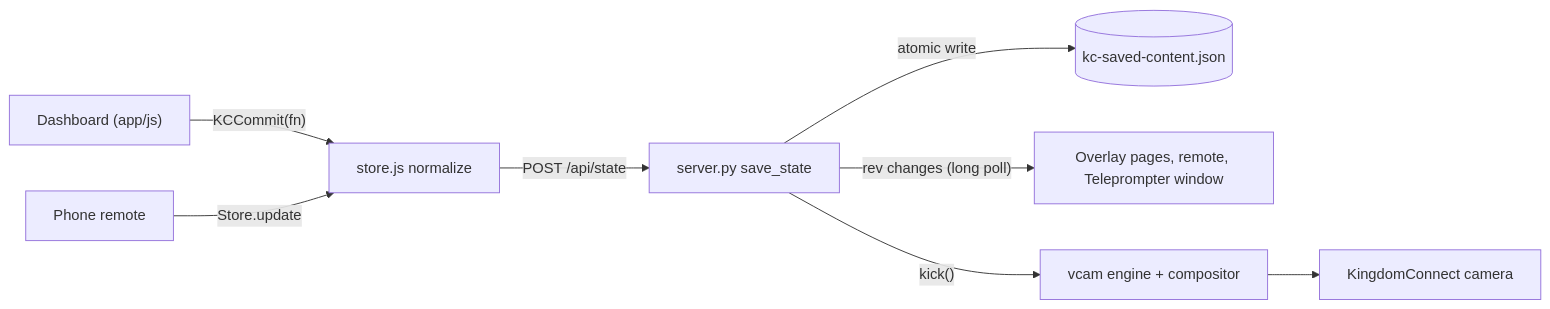
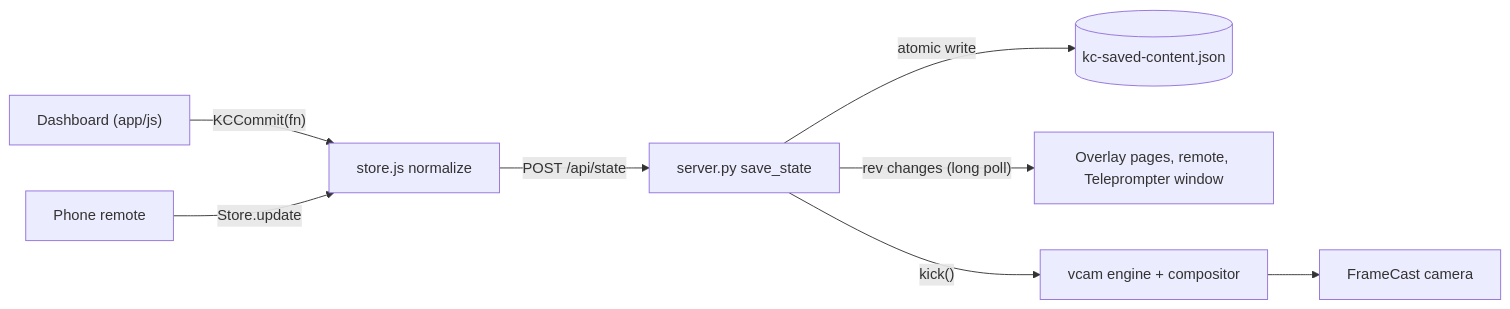
Before and after one commit to mshobin/FrameDecks: the diagram in docs/contributing.md, drawn with Mermaid. The commit also changed other lines of this file and 103 other files, not shown here.

````diff
--- a/docs/contributing.md
+++ b/docs/contributing.md
@@ -111,10 +111,10 @@
 ```mermaid
 flowchart LR
   UI["Dashboard (app/js)"] -- "KCCommit(fn)" --> Store["store.js normalize"]
   Remote["Phone remote"] -- "Store.update" --> Store
   Store -- "POST /api/state" --> Server["server.py save_state"]
   Server -- "atomic write" --> File[("kc-saved-content.json")]
   Server -- "rev changes (long poll)" --> Pages["Overlay pages, remote, Teleprompter window"]
   Server -- "kick()" --> Engine["vcam engine + compositor"]
-  Engine --> Cam["KingdomConnect camera"]
+  Engine --> Cam["FrameCast camera"]
 ```
````
